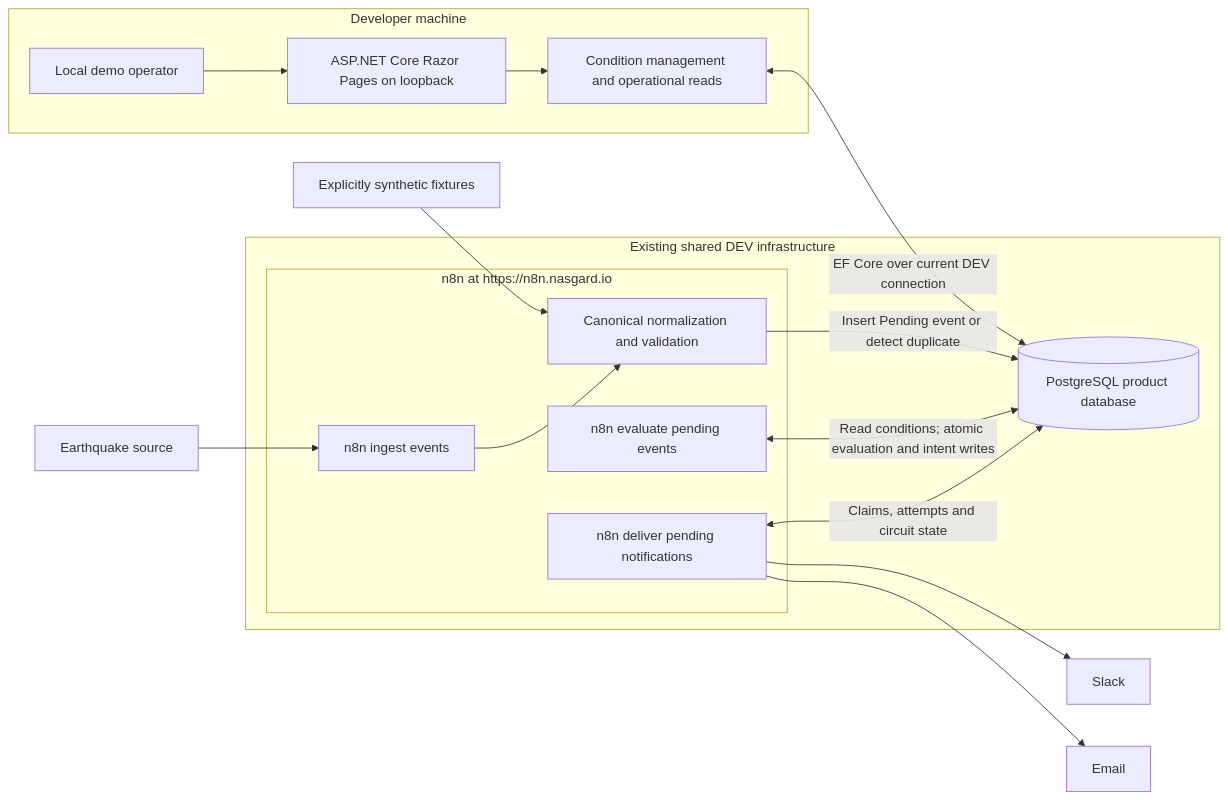
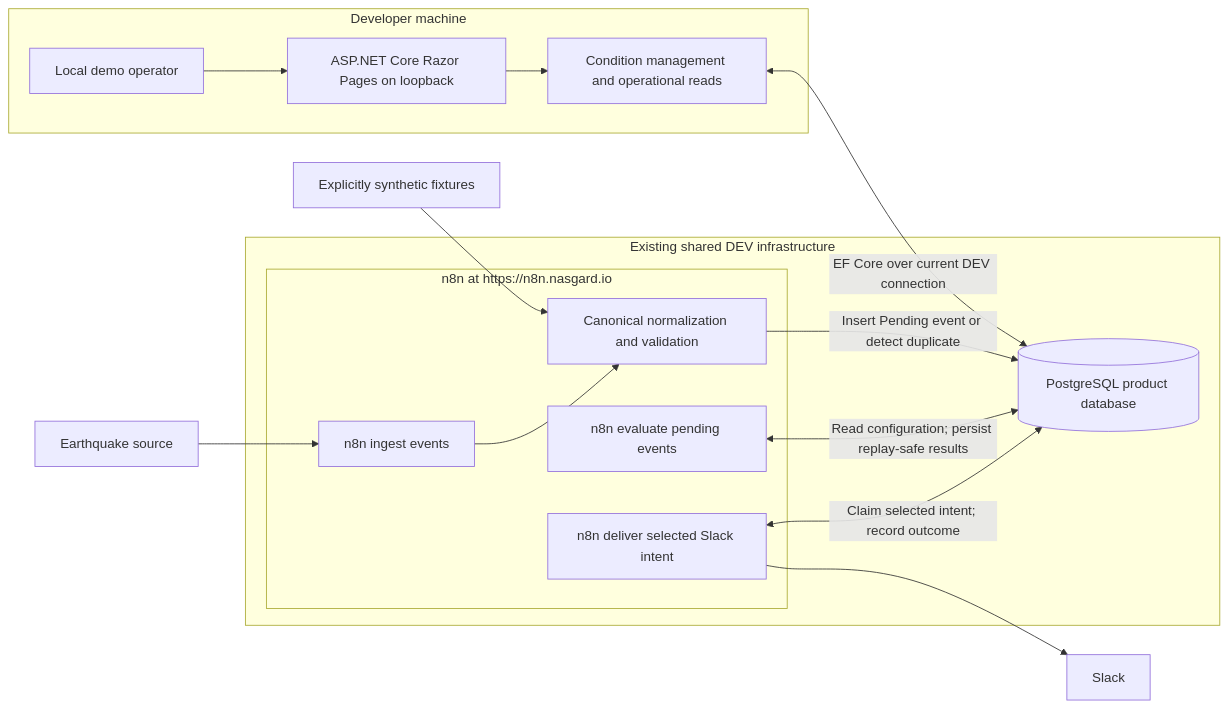
One commit to zskovacs/sonrisa-task04 changed the diagram in docs/04-architecture.md. Above: the diagram before and after it, drawn with Mermaid. The commit also changed other lines of this file and 60 other files, not shown here.

````diff
--- a/docs/04-architecture.md
+++ b/docs/04-architecture.md
@@ -11,25 +11,24 @@
 ```mermaid
 flowchart LR
     subgraph Local[Developer machine]
         Operator[Local demo operator] --> UI[ASP.NET Core Razor Pages on loopback]
         UI --> Services[Condition management and operational reads]
     end
     subgraph DEV[Existing shared DEV infrastructure]
         ProductDB[(PostgreSQL product database)]
         subgraph HostedN8N[n8n at https://n8n.nasgard.io]
             Ingest[n8n ingest events]
             Normalize[Canonical normalization and validation]
             Evaluate[n8n evaluate pending events]
-            Deliver[n8n deliver pending notifications]
+            Deliver[n8n deliver selected Slack intent]
         end
     end
     Services <-->|EF Core over current DEV connection| ProductDB
     Sources[Earthquake source] --> Ingest[n8n ingest events]
     Demo[Explicitly synthetic fixtures] --> Normalize[Canonical normalization and validation]
     Ingest --> Normalize
     Normalize -->|Insert Pending event or detect duplicate| ProductDB
-    Evaluate[n8n evaluate pending events] <-->|Read conditions; atomic evaluation and intent writes| ProductDB
-    Deliver[n8n deliver pending notifications] <-->|Claims, attempts and circuit state| ProductDB
+    Evaluate[n8n evaluate pending events] <-->|Read configuration; persist replay-safe results| ProductDB
+    Deliver[n8n deliver selected Slack intent] <-->|Claim selected intent; record outcome| ProductDB
     Deliver --> Slack[Slack]
-    Deliver --> Email[Email]
 ```
````
